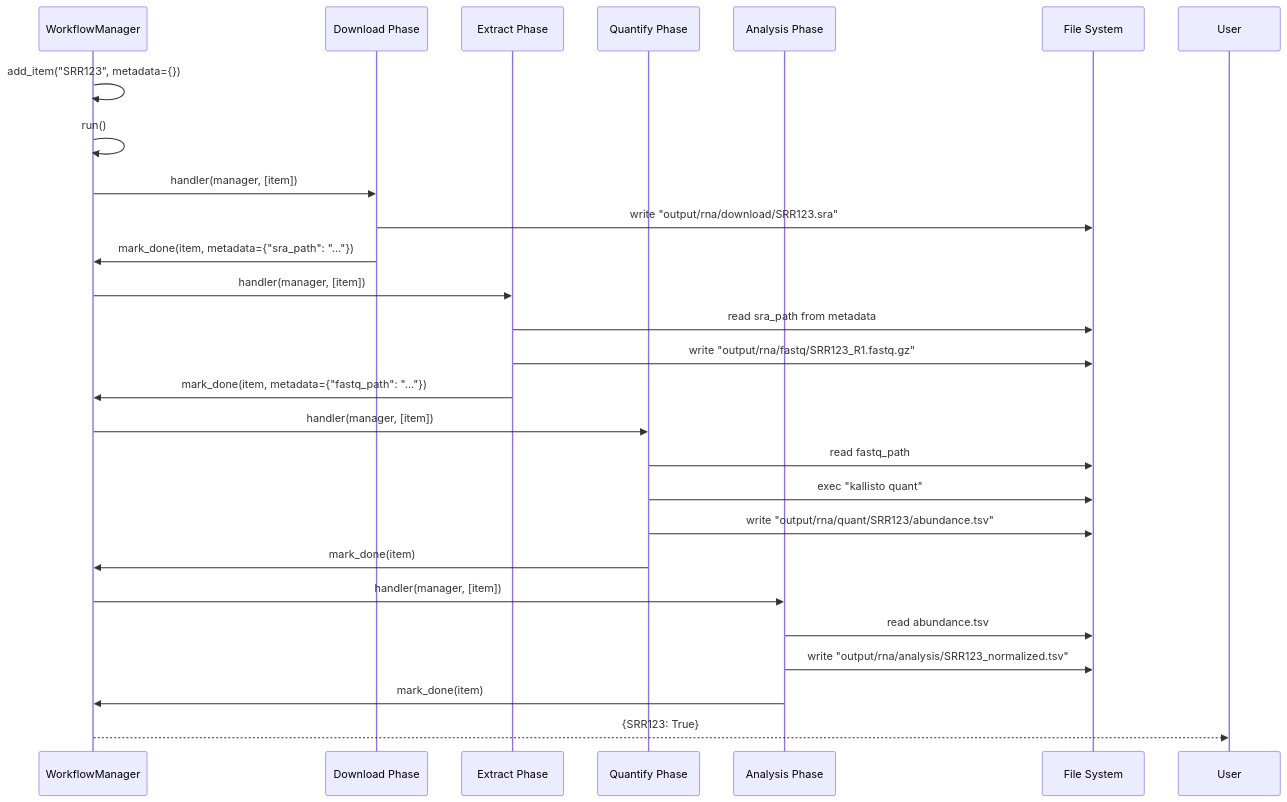
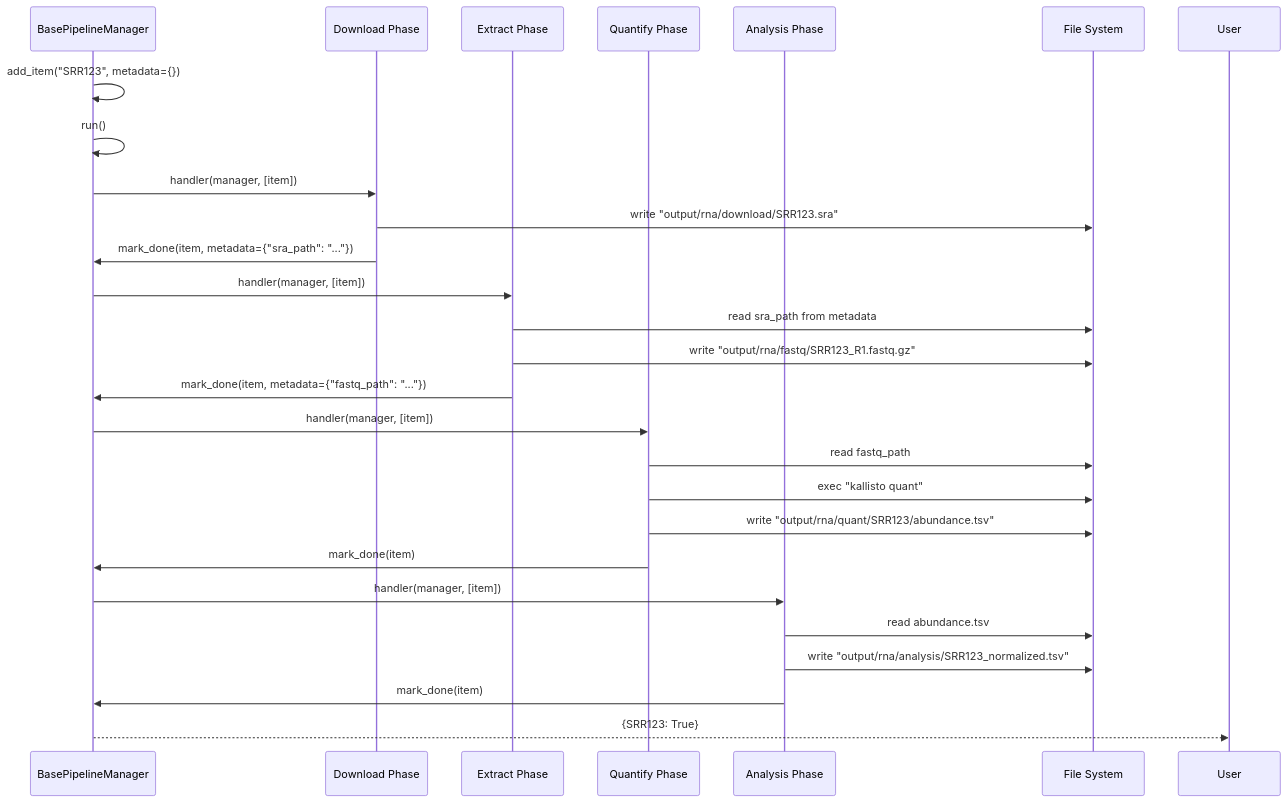
The fifth of 7 diagrams in docs/agents/ARCHITECTURE.md (docxology/MetaInformAnt), drawn with Mermaid before and after one commit. The commit also changed other lines of this file and 189 other files, not shown here.

````diff
--- a/docs/agents/ARCHITECTURE.md
+++ b/docs/agents/ARCHITECTURE.md
@@ -284,34 +283,34 @@
 ```mermaid
 sequenceDiagram
-    participant WM as WorkflowManager
+    participant WM as BasePipelineManager
     participant DL as Download Phase
     participant EX as Extract Phase
     participant QN as Quantify Phase
     participant AN as Analysis Phase
     participant FS as File System
 
     WM->>WM: add_item("SRR123", metadata={})
     WM->>WM: run()
 
     WM->>DL: handler(manager, [item])
     DL->>FS: write "output/rna/download/SRR123.sra"
     DL->>WM: mark_done(item, metadata={"sra_path": "..."})
 
     WM->>EX: handler(manager, [item])
     EX->>FS: read sra_path from metadata
     EX->>FS: write "output/rna/fastq/SRR123_R1.fastq.gz"
     EX->>WM: mark_done(item, metadata={"fastq_path": "..."})
 
     WM->>QN: handler(manager, [item])
     QN->>FS: read fastq_path
     QN->>FS: exec "kallisto quant"
     QN->>FS: write "output/rna/quant/SRR123/abundance.tsv"
     QN->>WM: mark_done(item)
 
     WM->>AN: handler(manager, [item])
     AN->>FS: read abundance.tsv
     AN->>FS: write "output/rna/analysis/SRR123_normalized.tsv"
     AN->>WM: mark_done(item)
 
     WM-->>User: {SRR123: True}
 ```
````
